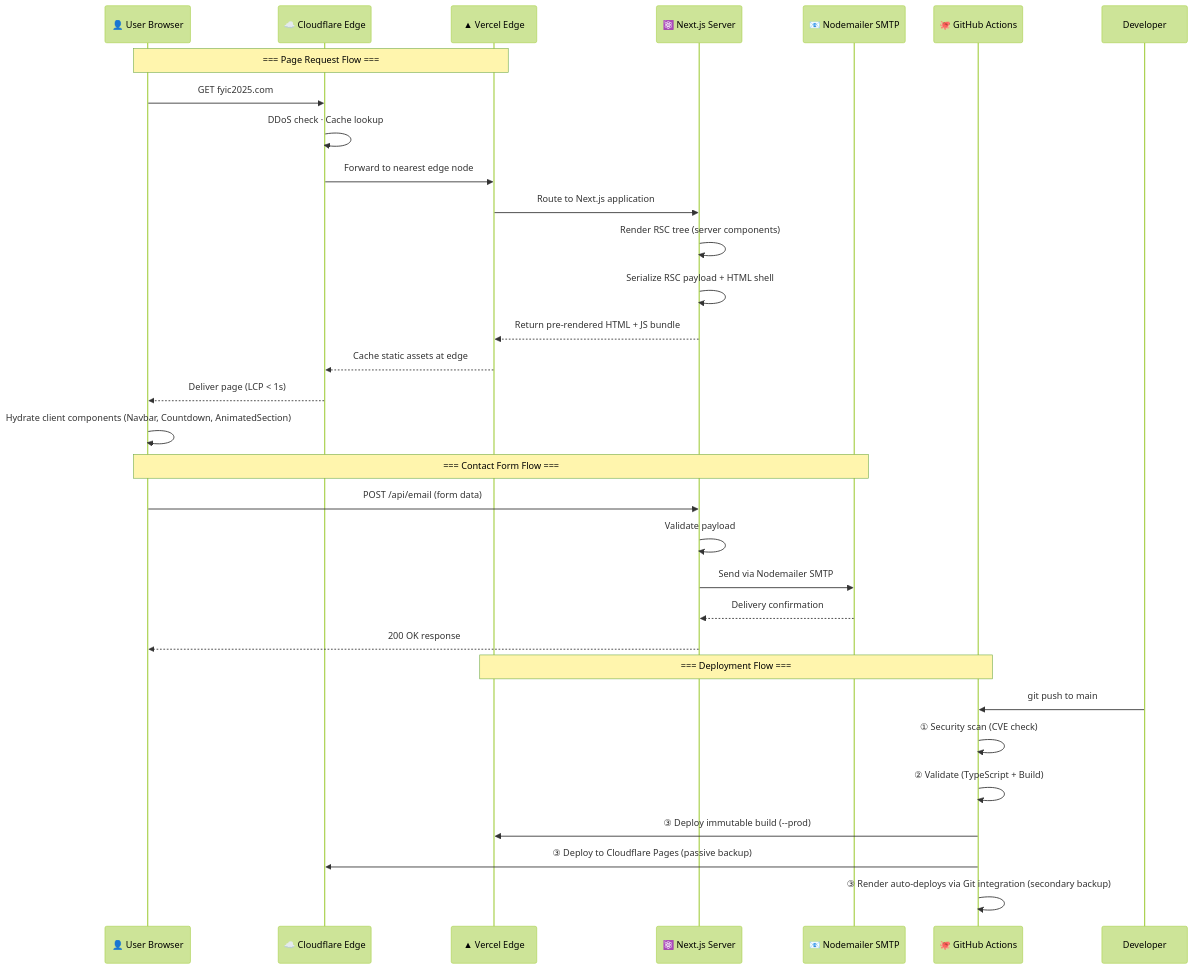
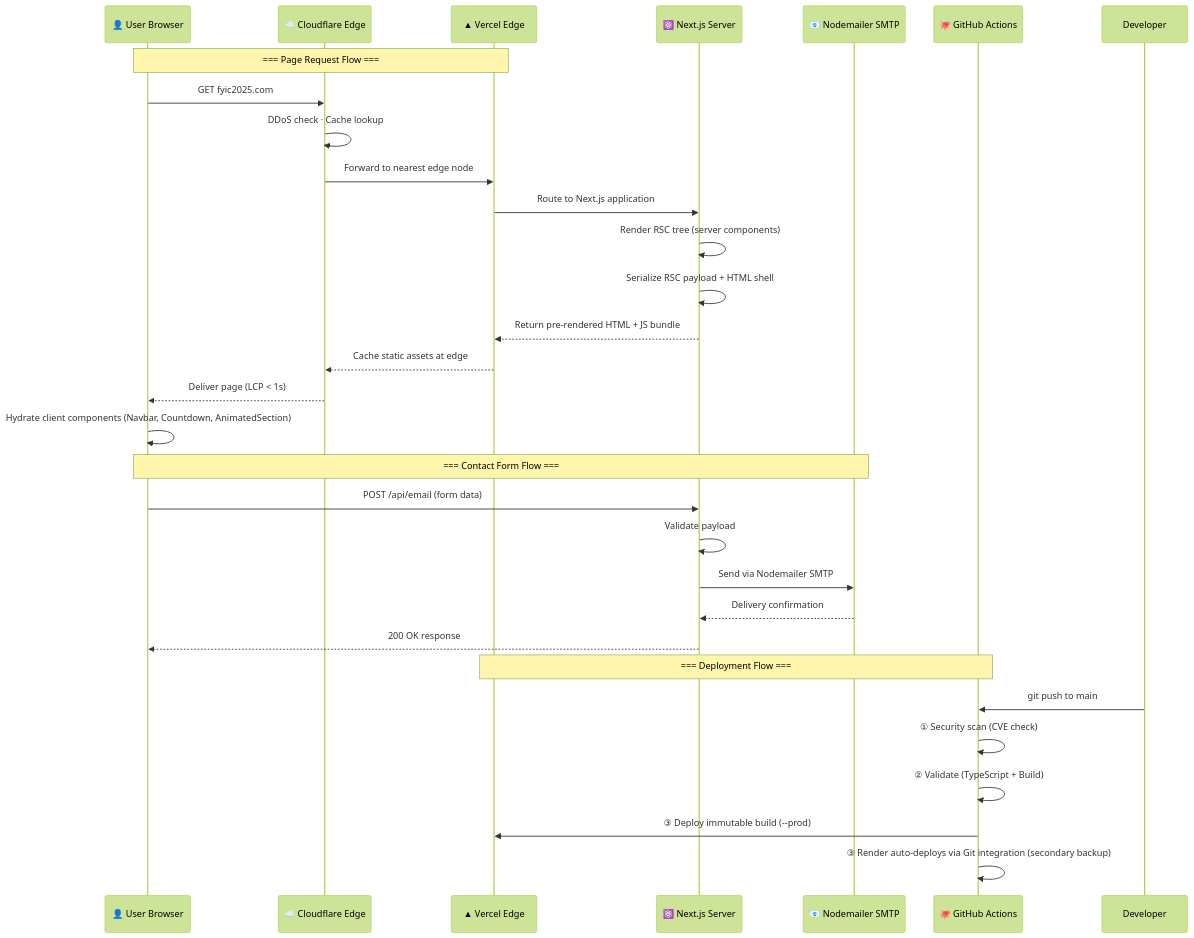
One commit to johnnietse/2025-fyic changed the fourth of 7 diagrams in README.md. Above: the diagram before and after it, drawn with Mermaid (forest theme). The commit also changed other lines of this file and 3 other files, not shown here.

Commit message:
chore: remove unused Cloudflare Pages deployment configuration and docs

````diff
--- a/README.md
+++ b/README.md
@@ -239,36 +237,35 @@
 ```mermaid
 sequenceDiagram
     participant User as 👤 User Browser
     participant CF as ☁️ Cloudflare Edge
     participant Vercel as ▲ Vercel Edge
     participant Next as ⚛️ Next.js Server
     participant Email as 📧 Nodemailer SMTP
     participant GH as 🐙 GitHub Actions
 
     Note over User,Vercel: === Page Request Flow ===
     User->>CF: GET fyic2025.com
     CF->>CF: DDoS check · Cache lookup
     CF->>Vercel: Forward to nearest edge node
     Vercel->>Next: Route to Next.js application
     Next->>Next: Render RSC tree (server components)
     Next->>Next: Serialize RSC payload + HTML shell
     Next-->>Vercel: Return pre-rendered HTML + JS bundle
     Vercel-->>CF: Cache static assets at edge
     CF-->>User: Deliver page (LCP < 1s)
     User->>User: Hydrate client components (Navbar, Countdown, AnimatedSection)
 
     Note over User,Email: === Contact Form Flow ===
     User->>Next: POST /api/email (form data)
     Next->>Next: Validate payload
     Next->>Email: Send via Nodemailer SMTP
     Email-->>Next: Delivery confirmation
     Next-->>User: 200 OK response
 
     Note over GH,Vercel: === Deployment Flow ===
     Developer->>GH: git push to main
     GH->>GH: ① Security scan (CVE check)
     GH->>GH: ② Validate (TypeScript + Build)
     GH->>Vercel: ③ Deploy immutable build (--prod)
-    GH->>CF: ③ Deploy to Cloudflare Pages (passive backup)
     GH->>GH: ③ Render auto-deploys via Git integration (secondary backup)
 ```
````
